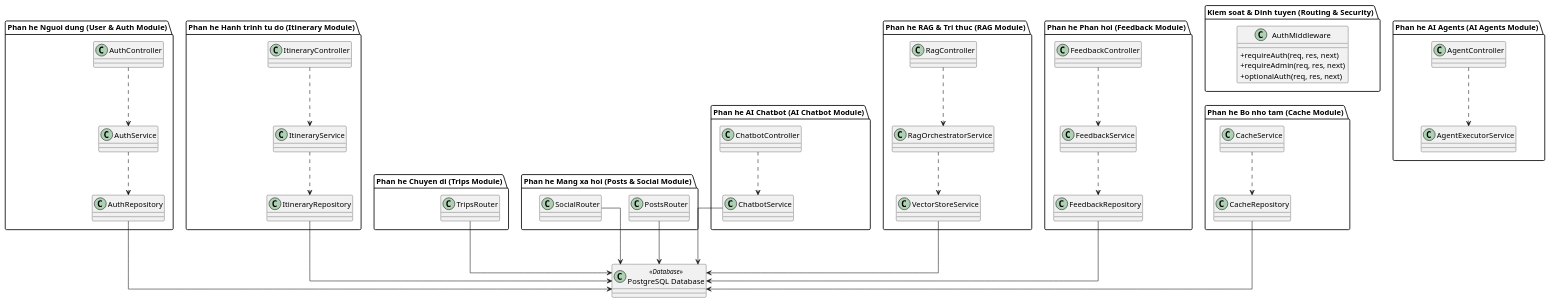
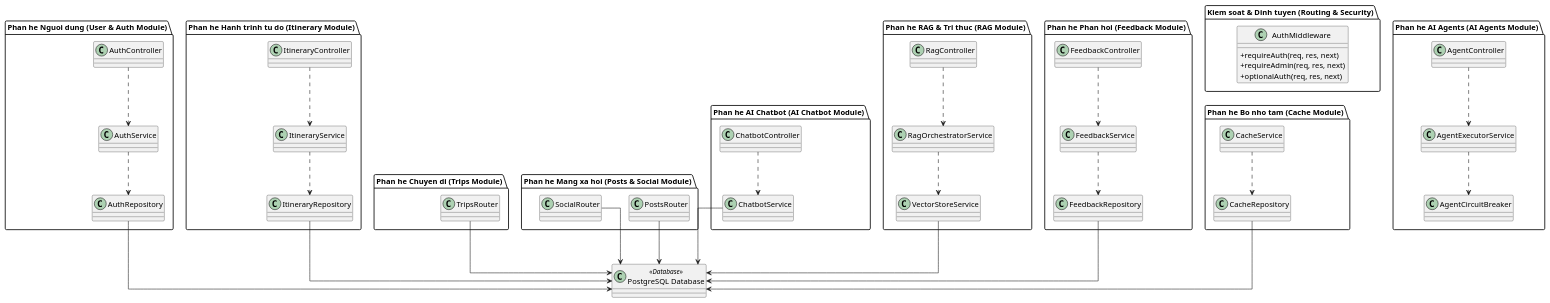
The diagram in docs/uml/Class/Class_TongQuan.puml (ntctuongktpm2211030-crypto/Thuc_Tap_NTD), drawn with PlantUML before and after one commit. The commit also changed 15 other files, not shown here.

```diff
--- a/docs/uml/Class/Class_TongQuan.puml
+++ b/docs/uml/Class/Class_TongQuan.puml
@@ -1,94 +1,96 @@
 @startuml Class_TongQuan
 
 skinparam linetype ortho
 skinparam classAttributeIconSize 0
 skinparam ranksep 80
 skinparam nodesep 50
 
 package "Kiem soat & Dinh tuyen (Routing & Security)" {
   class AuthMiddleware {
     + requireAuth(req, res, next)
     + requireAdmin(req, res, next)
     + optionalAuth(req, res, next)
   }
 }
 
 package "Phan he Nguoi dung (User & Auth Module)" {
   class AuthController
   class AuthService
   class AuthRepository
 }
 
 package "Phan he Hanh trinh tu do (Itinerary Module)" {
   class ItineraryController
   class ItineraryService
   class ItineraryRepository
 }
 
 package "Phan he Chuyen di (Trips Module)" {
   class TripsRouter
 }
 
 package "Phan he Mang xa hoi (Posts & Social Module)" {
   class PostsRouter
   class SocialRouter
 }
 
 package "Phan he AI Chatbot (AI Chatbot Module)" {
   class ChatbotController
   class ChatbotService
 }
 
 package "Phan he RAG & Tri thuc (RAG Module)" {
   class RagController
   class RagOrchestratorService
   class VectorStoreService
 }
 
 package "Phan he AI Agents (AI Agents Module)" {
   class AgentController
   class AgentExecutorService
+  class AgentCircuitBreaker
 }
 
 package "Phan he Phan hoi (Feedback Module)" {
   class FeedbackController
   class FeedbackService
   class FeedbackRepository
 }
 
 package "Phan he Bo nho tam (Cache Module)" {
   class CacheService
   class CacheRepository
 }
 
 class "PostgreSQL Database" as DB <<Database>>
 
 AuthController ..> AuthService
 AuthService ..> AuthRepository
 AuthRepository --> DB
 
 ItineraryController ..> ItineraryService
 ItineraryService ..> ItineraryRepository
 ItineraryRepository --> DB
 
 TripsRouter --> DB
 PostsRouter --> DB
 SocialRouter --> DB
 
 ChatbotController ..> ChatbotService
 ChatbotService --> DB
 
 RagController ..> RagOrchestratorService
 RagOrchestratorService ..> VectorStoreService
 VectorStoreService --> DB
 
 AgentController ..> AgentExecutorService
+AgentExecutorService ..> AgentCircuitBreaker
 
 FeedbackController ..> FeedbackService
 FeedbackService ..> FeedbackRepository
 FeedbackRepository --> DB
 
 CacheService ..> CacheRepository
 CacheRepository --> DB
 
 @enduml
```
